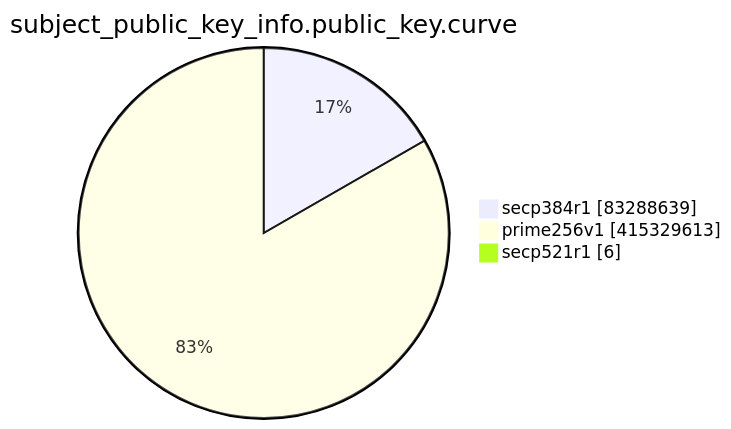
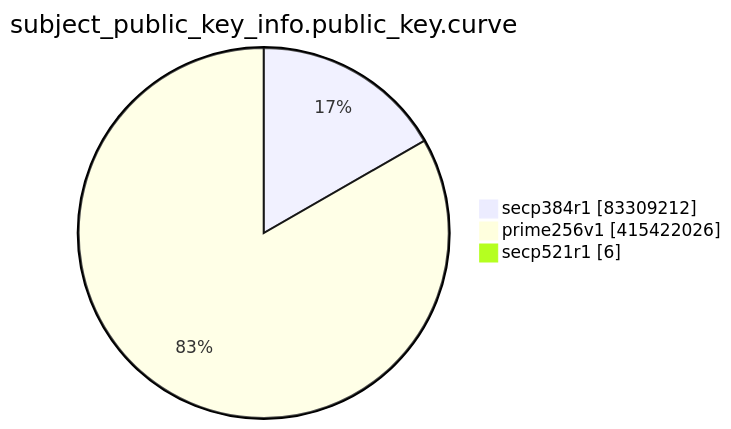
The eighth of 15 diagrams in TOTAL/README.md (christiankrug/ctmonitor_visualization), drawn with Mermaid before and after one commit. The commit also changed other lines of this file, not shown here.

````diff
--- a/TOTAL/README.md
+++ b/TOTAL/README.md
@@ -3098,7 +3098,7 @@
 ```mermaid
 pie showData
 title subject_public_key_info.public_key.curve
-"secp384r1" :83288639
-"prime256v1" :415329613
+"secp384r1" :83309212
+"prime256v1" :415422026
 "secp521r1" :6
 ```
````
